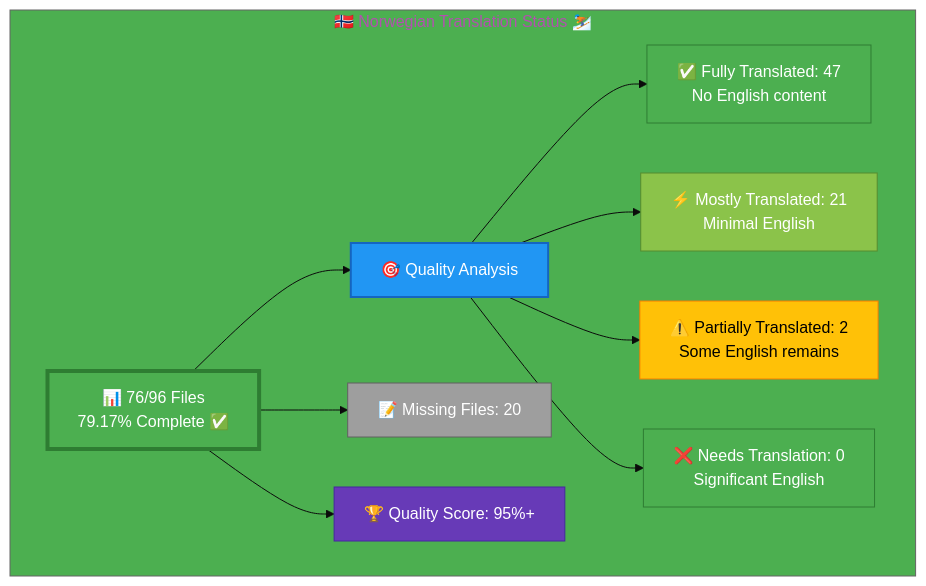
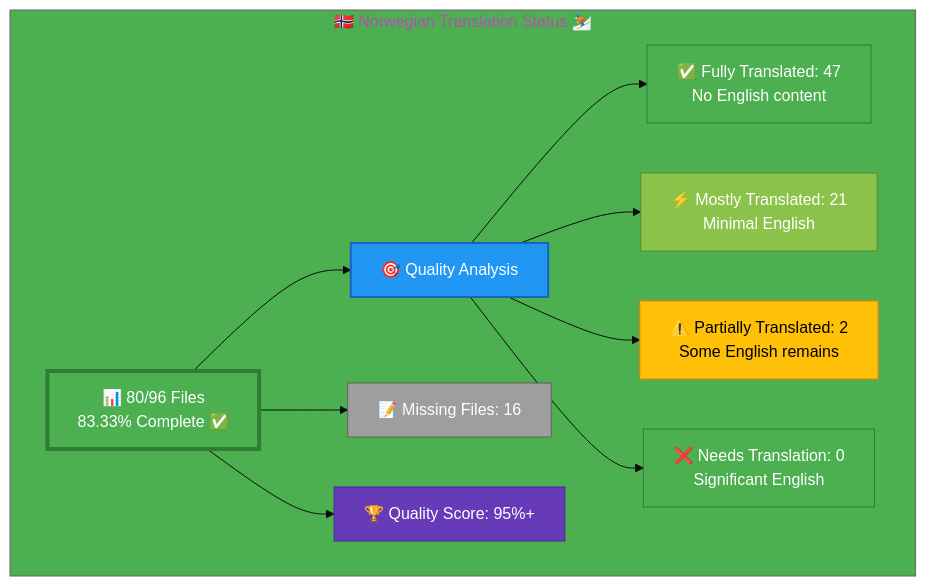
Before and after one commit to Hack23/homepage: the diagram in Norwegian-Translation-Status.md, drawn with Mermaid. The commit also changed other lines of this file and 4 other files, not shown here.

````diff
--- a/Norwegian-Translation-Status.md
+++ b/Norwegian-Translation-Status.md
@@ -12,26 +12,26 @@
 ```mermaid
 %%{init: {'theme':'base', 'themeVariables': {'primaryColor':'#4CAF50','secondaryColor':'#2196F3','tertiaryColor':'#4CAF50','fontSize':'16px'}}}%%
 graph TB
     subgraph "🇳🇴 Norwegian Translation Status ⛷️"
-        A["📊 76/96 Files<br/>79.17% Complete ✅ "]
+        A["📊 80/96 Files<br/>83.33% Complete ✅ "]
         
         A --> B["🎯 Quality Analysis"]
         B --> C["✅ Fully Translated: 47<br/>No English content"]
         B --> D["⚡ Mostly Translated: 21<br/>Minimal English"]
         B --> E["⚠️  Partially Translated: 2<br/>Some English remains"]
         B --> F["❌ Needs Translation: 0<br/>Significant English"]
         
-        A --> G["📝 Missing Files: 20"]
+        A --> G["📝 Missing Files: 16"]
         
         A --> H["🏆 Quality Score: 95%+"]
         
         style A fill:#4CAF50,stroke:#2E7D32,color:#fff,stroke-width:4px
         style B fill:#2196F3,stroke:#1565C0,color:#fff,stroke-width:2px
         style C fill:#4CAF50,stroke:#2E7D32,color:#fff
         style D fill:#8BC34A,stroke:#558B2F,color:#fff
         style E fill:#FFC107,stroke:#F57C00,color:#000
         style F fill:#4CAF50,stroke:#2E7D32,color:#fff
         style G fill:#9E9E9E,stroke:#616161,color:#fff
         style H fill:#673AB7,stroke:#4527A0,color:#fff
     end
 ```
````
